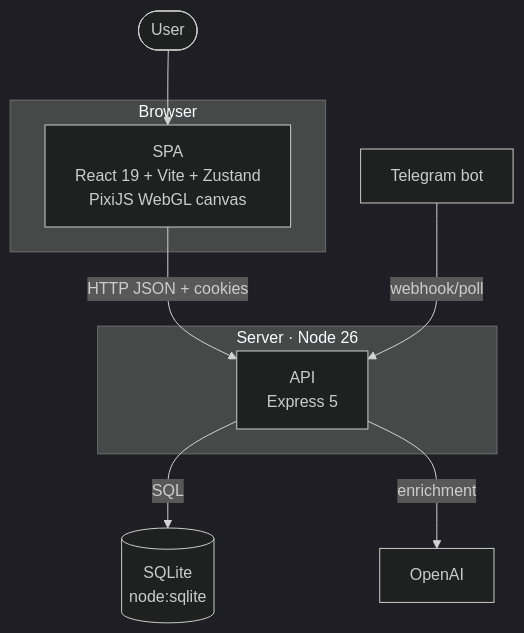
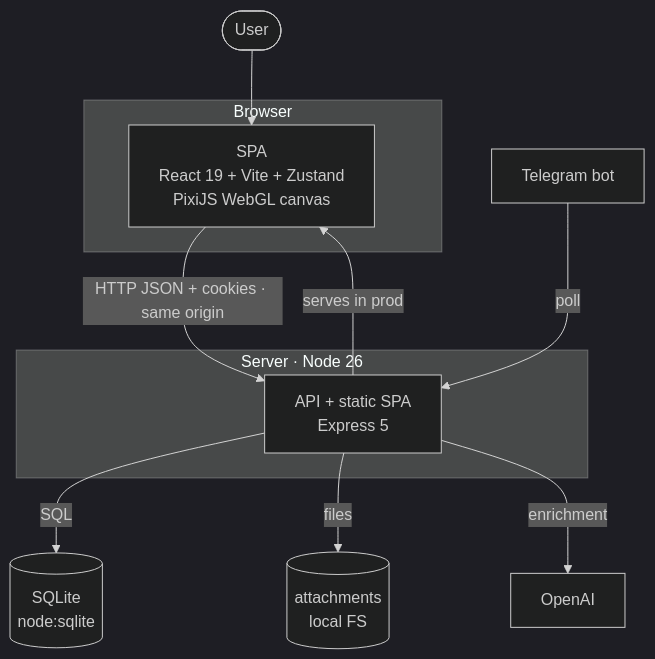
Before and after one commit to uaDimooon/journey: the second of 5 diagrams in docs/architecture/C4.md, drawn with Mermaid (dark theme). The commit also changed other lines of this file, not shown here.

First line of the commit message:
docs(c4): refresh architecture diagrams (data-layer seams + deployment)

````diff
--- a/docs/architecture/C4.md
+++ b/docs/architecture/C4.md
@@ -39,19 +40,22 @@
 ```mermaid
 flowchart TB
     user([User])
     subgraph browser[Browser]
         spa[SPA<br/>React 19 + Vite + Zustand<br/>PixiJS WebGL canvas]
     end
     subgraph server[Server · Node 26]
-        api[API<br/>Express 5]
+        api[API + static SPA<br/>Express 5]
     end
     db[(SQLite<br/>node:sqlite)]
+    files[(attachments<br/>local FS)]
     openai[OpenAI]
     tgbot[Telegram bot]
 
     user --> spa
-    spa -->|HTTP JSON + cookies| api
+    spa -->|HTTP JSON + cookies · same origin| api
+    api -->|serves in prod| spa
     api -->|SQL| db
+    api -->|files| files
     api -->|enrichment| openai
-    tgbot -->|webhook/poll| api
+    tgbot -->|poll| api
 ```
````
